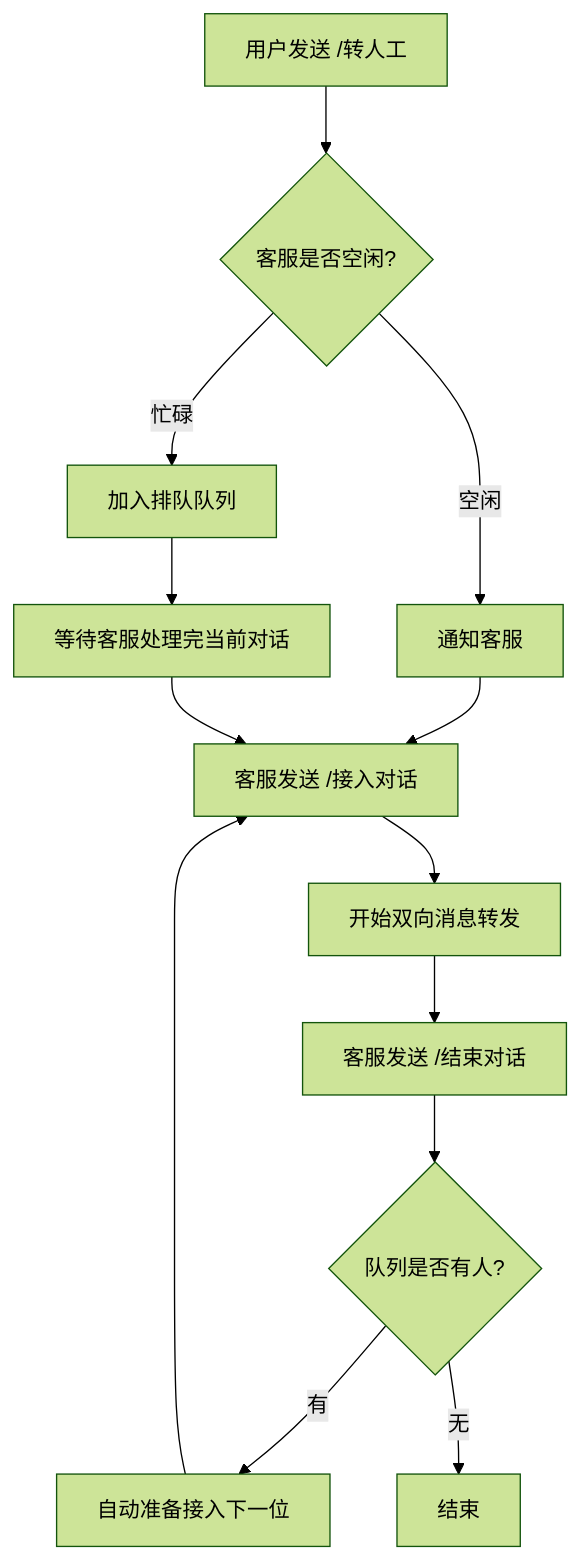
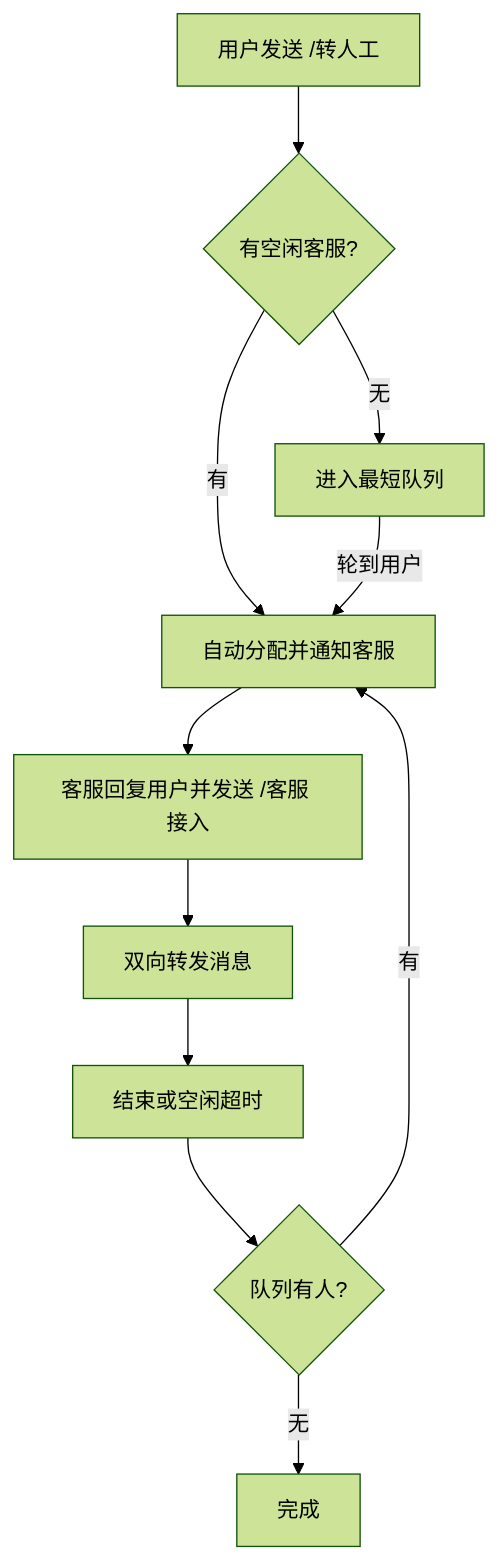
The diagram in README.md (Zhalstar/astrbot_plugin_human_service), drawn with Mermaid (forest theme) before and after one commit. The commit also changed other lines of this file and 26 other files, not shown here.

````diff
--- a/README.md
+++ b/README.md
@@ -256,15 +68,13 @@
 ```mermaid
 graph TD
-    A[用户发送 /转人工] --> B{客服是否空闲?}
-    B -->|空闲| C[通知客服]
-    B -->|忙碌| D[加入排队队列]
-    C --> E[客服发送 /接入对话]
-    D --> F[等待客服处理完当前对话]
-    E --> G[开始双向消息转发]
-    F --> E
-    G --> H[客服发送 /结束对话]
-    H --> I{队列是否有人?}
-    I -->|有| J[自动准备接入下一位]
-    I -->|无| K[结束]
-    J --> E
+    A[用户发送 /转人工] --> B{有空闲客服?}
+    B -->|有| C[自动分配并通知客服]
+    B -->|无| D[进入最短队列]
+    D -->|轮到用户| C
+    C --> E[客服回复用户并发送 /客服 接入]
+    E --> F[双向转发消息]
+    F --> G[结束或空闲超时]
+    G --> H{队列有人?}
+    H -->|有| C
+    H -->|无| I[完成]
 ```
````
